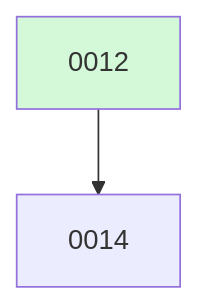
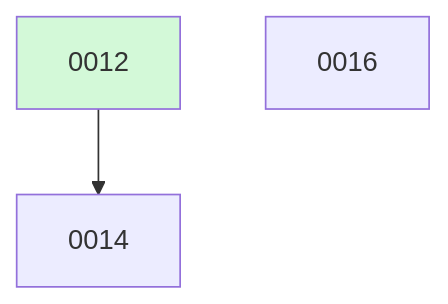
The diagram in docs/changes/BOARD.md (ethanhinson/fuse), drawn with Mermaid before and after one commit. The commit also changed other lines of this file, not shown here.

````diff
--- a/docs/changes/BOARD.md
+++ b/docs/changes/BOARD.md
@@ -11,6 +17,7 @@
 ```mermaid
 graph TD
   0012 --> 0014
+  0016
   0012:::done
   classDef done fill:#d3f9d8;
 ```
````
